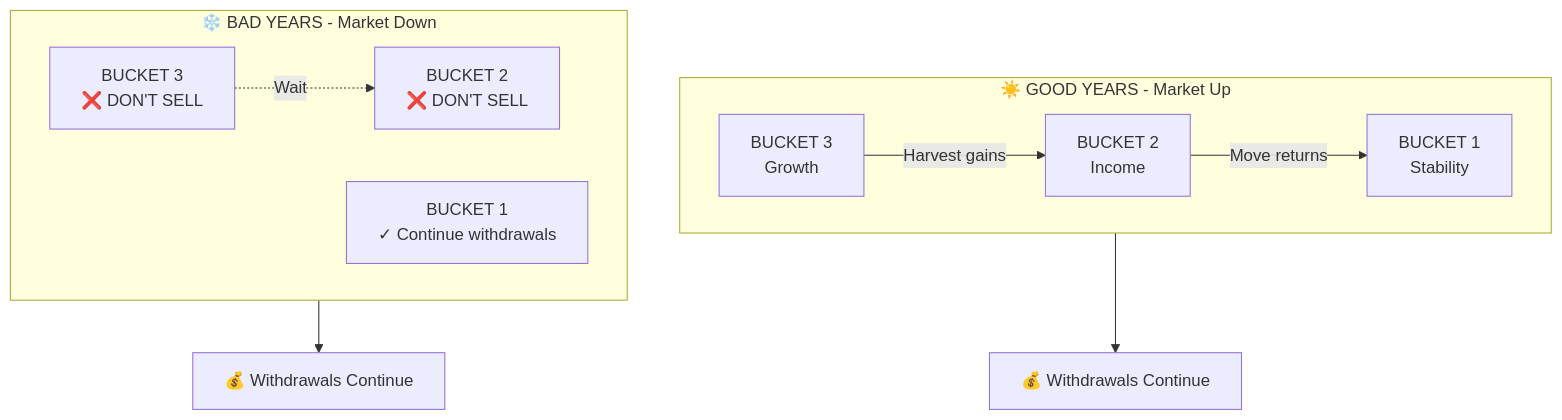
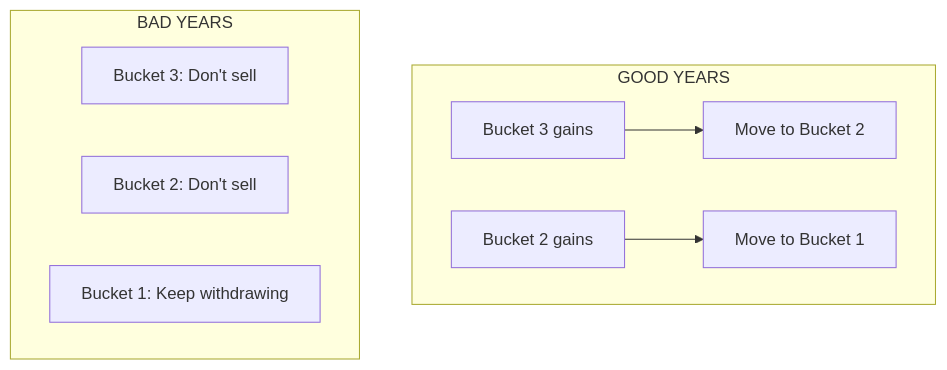
One commit to naren-m/literature-notes changed the second of 4 diagrams in finances/three_bucket_investment_strategy.md. Above: the diagram before and after it, drawn with Mermaid. The commit also changed other lines of this file, not shown here.

````diff
--- a/finances/three_bucket_investment_strategy.md
+++ b/finances/three_bucket_investment_strategy.md
@@ -227,17 +94,13 @@
 ```mermaid
 flowchart TB
-    subgraph GOOD["☀️ GOOD YEARS - Market Up"]
-        direction LR
-        G3["BUCKET 3<br/>Growth"] -->|"Harvest gains"| G2["BUCKET 2<br/>Income"]
-        G2 -->|"Move returns"| G1["BUCKET 1<br/>Stability"]
+    subgraph GOOD["GOOD YEARS"]
+        G3["Bucket 3 gains"] --> G2["Move to Bucket 2"]
+        G2B["Bucket 2 gains"] --> G1["Move to Bucket 1"]
     end
     
-    subgraph BAD["❄️ BAD YEARS - Market Down"]
-        direction LR
-        B3["BUCKET 3<br/>❌ DON'T SELL"] -.->|"Wait"| B2["BUCKET 2<br/>❌ DON'T SELL"]
-        B1["BUCKET 1<br/>✓ Continue withdrawals"]
+    subgraph BAD["BAD YEARS"]
+        B3["Bucket 3: Don't sell"]
+        B2["Bucket 2: Don't sell"]
+        B1["Bucket 1: Keep withdrawing"]
     end
-    
-    G1 --> W1["💰 Withdrawals Continue"]
-    B1 --> W2["💰 Withdrawals Continue"]
 ```
````
